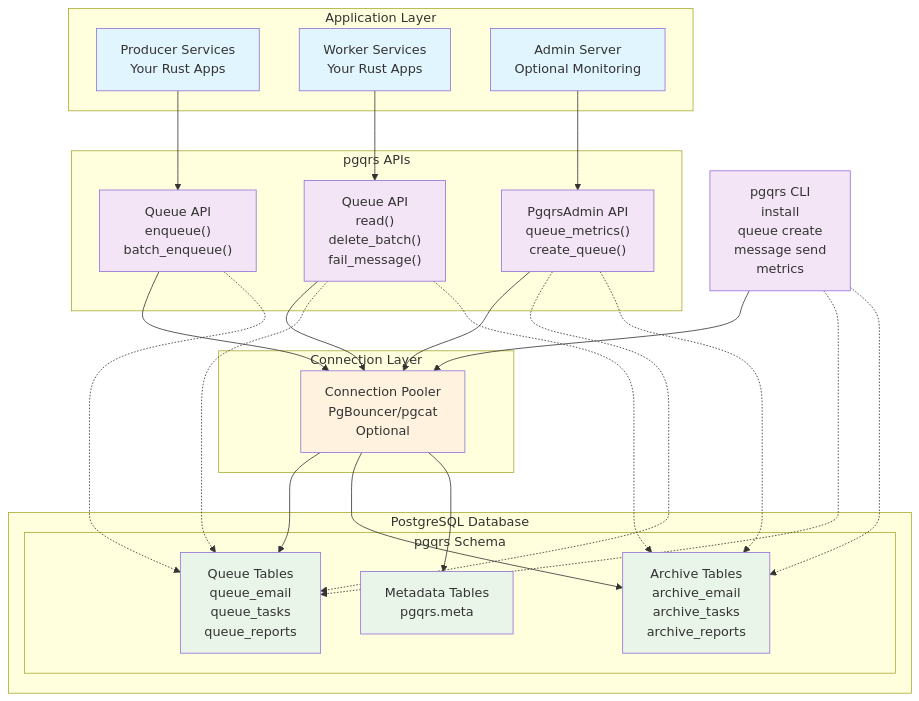
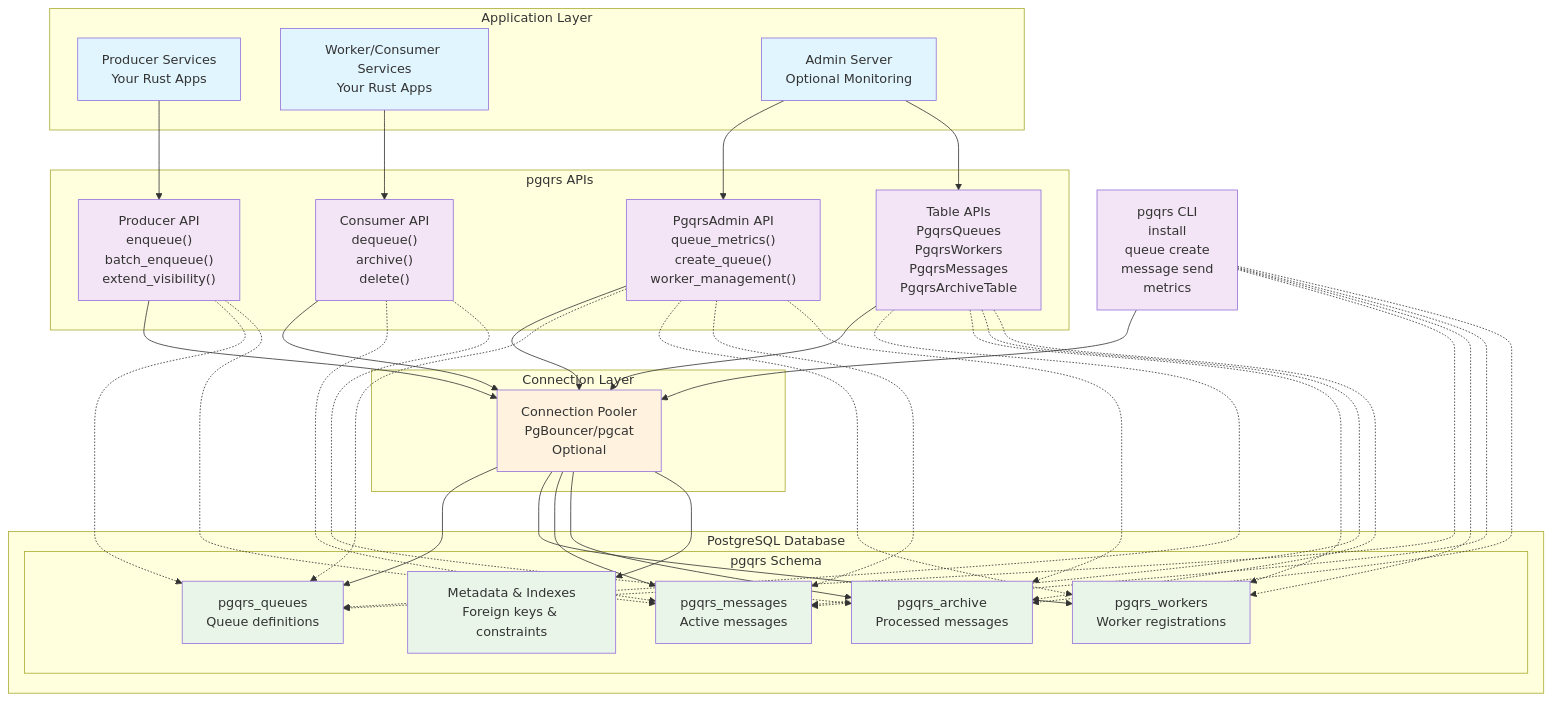
The diagram in README.md (vrajat/pgqrs), drawn with Mermaid before and after one commit. The commit also changed other lines of this file, not shown here.

Commit message:
refactor(docs): enhance README with detailed architecture and role separation

````diff
--- a/README.md
+++ b/README.md
@@ -19,62 +19,78 @@
 ```mermaid
 graph TB
     subgraph "Application Layer"
         P["Producer Services<br/>Your Rust Apps"]
-        W["Worker Services<br/>Your Rust Apps"]
+        W["Worker/Consumer Services<br/>Your Rust Apps"]
         A["Admin Server<br/>Optional Monitoring"]
     end
 
     subgraph "pgqrs APIs"
-        PQ["Queue API<br/>enqueue()<br/>batch_enqueue()"]
-        WQ["Queue API<br/>read()<br/>delete_batch()<br/>fail_message()"]
-        AA["PgqrsAdmin API<br/>queue_metrics()<br/>create_queue()"]
+        PROD["Producer API<br/>enqueue()<br/>batch_enqueue()<br/>extend_visibility()"]
+        CONS["Consumer API<br/>dequeue()<br/>archive()<br/>delete()"]
+        TABLES["Table APIs<br/>PgqrsQueues<br/>PgqrsWorkers<br/>PgqrsMessages<br/>PgqrsArchiveTable"]
+        AA["PgqrsAdmin API<br/>queue_metrics()<br/>create_queue()<br/>worker_management()"]
     end
 
     CLI["pgqrs CLI<br/>install<br/>queue create<br/>message send<br/>metrics"]
 
     subgraph "Connection Layer"
         CP["Connection Pooler<br/>PgBouncer/pgcat<br/>Optional"]
     end
 
     subgraph "PostgreSQL Database"
         subgraph "pgqrs Schema"
-            QT["Queue Tables<br/>queue_email<br/>queue_tasks<br/>queue_reports"]
-            AT["Archive Tables<br/>archive_email<br/>archive_tasks<br/>archive_reports"]
-            META["Metadata Tables<br/>pgqrs.meta"]
+            QT["pgqrs_queues<br/>Queue definitions"]
+            WT["pgqrs_workers<br/>Worker registrations"]
+            MT["pgqrs_messages<br/>Active messages"]
+            AT["pgqrs_archive<br/>Processed messages"]
+            META["Metadata & Indexes<br/>Foreign keys & constraints"]
         end
     end
 
     %% Connections
-    P --> PQ
-    W --> WQ
+    P --> PROD
+    W --> CONS
     A --> AA
+    A --> TABLES
 
-    PQ --> CP
-    WQ --> CP
+    PROD --> CP
+    CONS --> CP
+    TABLES --> CP
     AA --> CP
     CLI --> CP
 
     CP --> QT
+    CP --> WT
+    CP --> MT
     CP --> AT
     CP --> META
 
     %% Alternative direct connection (without pooler)
-    PQ -.-> QT
-    WQ -.-> QT
-    WQ -.-> AT
+    PROD -.-> QT
+    PROD -.-> MT
+    CONS -.-> MT
+    CONS -.-> AT
+    TABLES -.-> QT
+    TABLES -.-> WT
+    TABLES -.-> MT
+    TABLES -.-> AT
     AA -.-> QT
+    AA -.-> WT
+    AA -.-> MT
     AA -.-> AT
     CLI -.-> QT
+    CLI -.-> WT
+    CLI -.-> MT
     CLI -.-> AT
 
     %% Styling
     classDef userApp fill:#e1f5fe
     classDef pgqrsLib fill:#f3e5f5
     classDef database fill:#e8f5e8
     classDef optional fill:#fff3e0
 
     class P,W,A userApp
-    class PQ,WQ,AA,CLI pgqrsLib
-    class QT,AT,META database
+    class PROD,CONS,TABLES,AA,CLI pgqrsLib
+    class QT,WT,MT,AT,META database
     class CP optional
 ```
````
